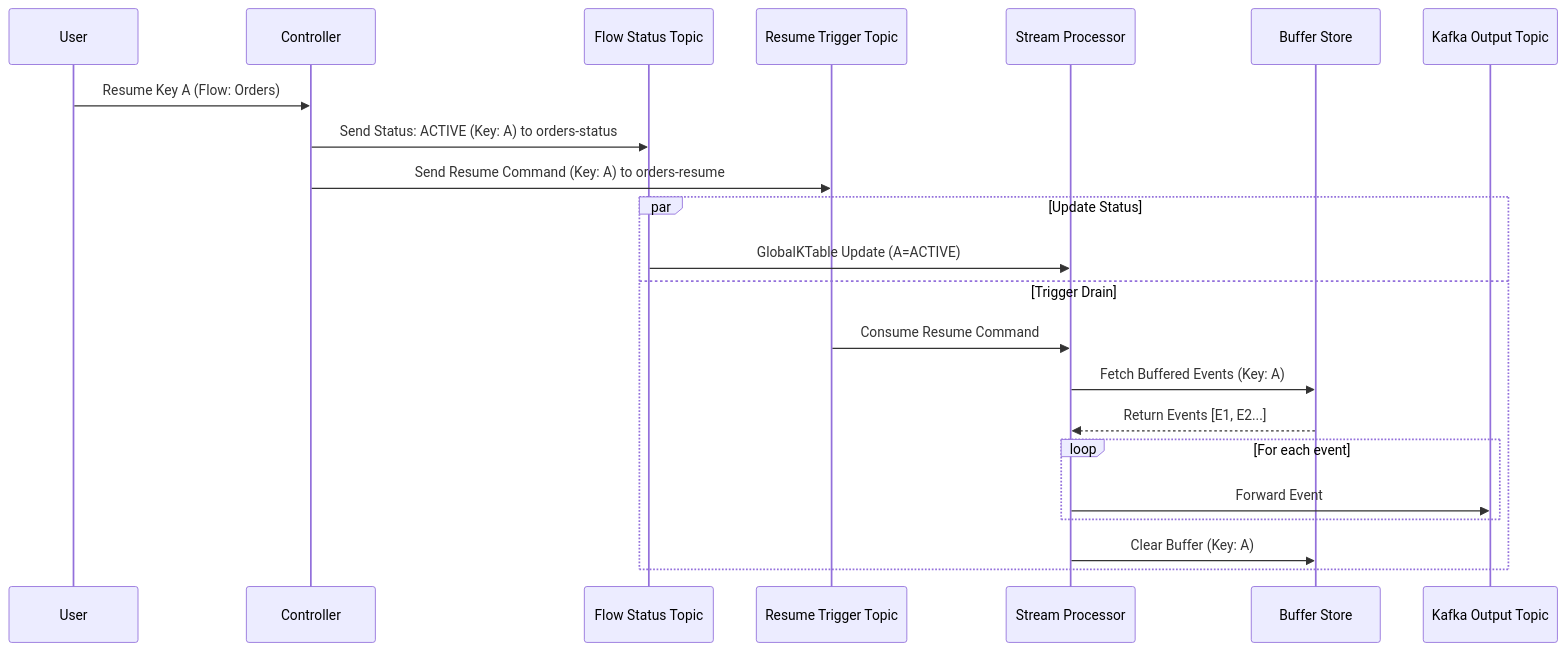
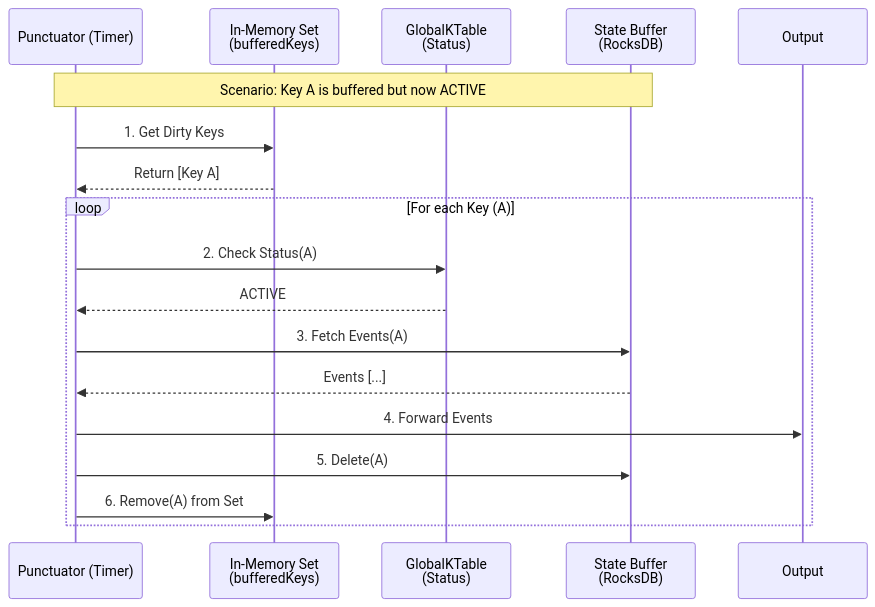
Before and after one commit to beckwithviking/event-pause: the third of 3 diagrams in README.md, drawn with Mermaid. The commit also changed other lines of this file and 16 other files, not shown here.

Commit message:
new design to enforce global event order per key

````diff
--- a/README.md
+++ b/README.md
@@ -135,26 +125,26 @@
 ```mermaid
 sequenceDiagram
-    participant U as User
-    participant C as Controller
-    participant FS as Flow Status Topic
-    participant RT as Resume Trigger Topic
-    participant S as Stream Processor
-    participant B as Buffer Store
-    participant O as Kafka Output Topic
+    participant P as Punctuator (Timer)
+    participant M as In-Memory Set<br>(bufferedKeys)
+    participant S as GlobalKTable<br>(Status)
+    participant B as State Buffer<br>(RocksDB)
+    participant O as Output
 
-    U->>C: Resume Key A (Flow: Orders)
-    C->>FS: Send Status: ACTIVE (Key: A) to orders-status
-    C->>RT: Send Resume Command (Key: A) to orders-resume
-    
-    par Update Status
-        FS->>S: GlobalKTable Update (A=ACTIVE)
-    and Trigger Drain
-        RT->>S: Consume Resume Command
-        S->>B: Fetch Buffered Events (Key: A)
-        B-->>S: Return Events [E1, E2...]
-        loop For each event
-            S->>O: Forward Event
-        end
-        S->>B: Clear Buffer (Key: A)
+    Note over P, B: Scenario: Key A is buffered but now ACTIVE
+
+    P->>M: 1. Get Dirty Keys
+    M-->>P: Return [Key A]
+
+    loop For each Key (A)
+        P->>S: 2. Check Status(A)
+        S-->>P: ACTIVE
+
+        P->>B: 3. Fetch Events(A)
+        B-->>P: Events [...]
+        
+        P->>O: 4. Forward Events
+        
+        P->>B: 5. Delete(A)
+        P->>M: 6. Remove(A) from Set
     end
 ```
````
